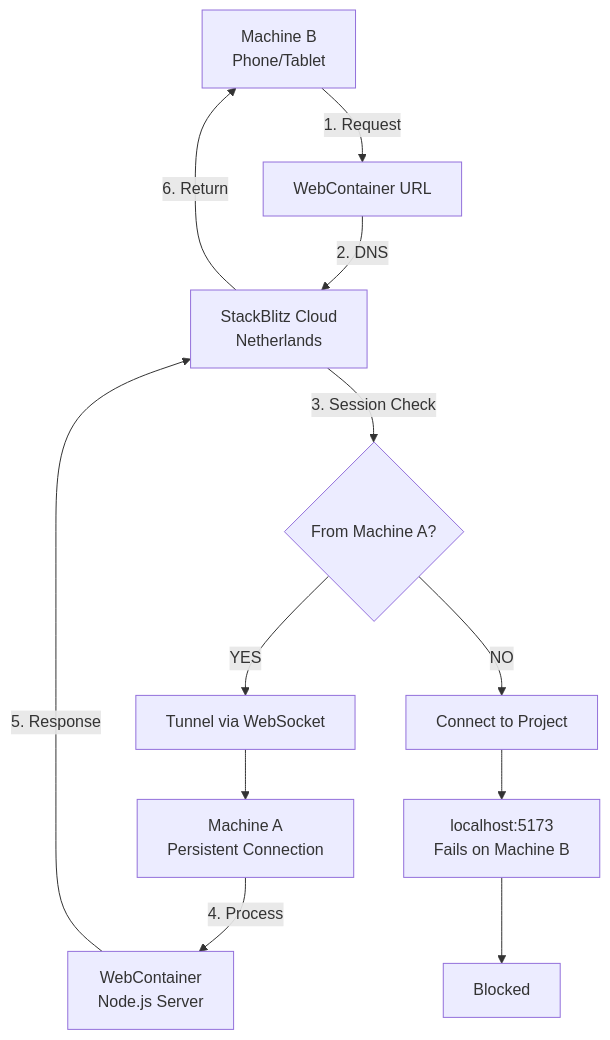
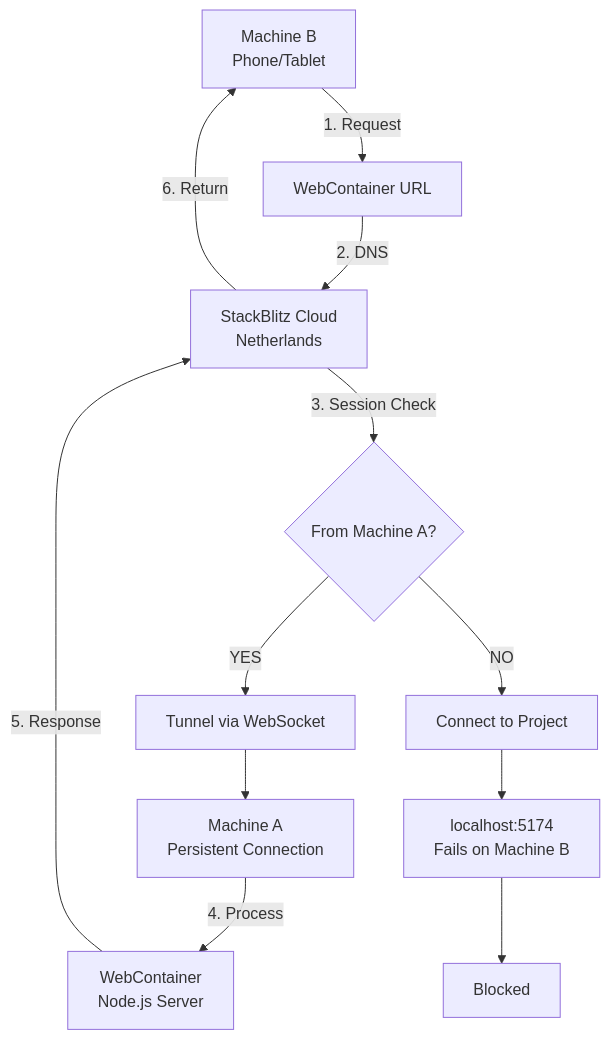
One commit to gigamaster/proxy-web changed the diagram in README.md. Above: the diagram before and after it, drawn with Mermaid.

Commit message:
Fix flowchart formatting in README.md

````diff
--- a/README.md
+++ b/README.md
@@ -43,15 +43,15 @@
 ```mermaid
 flowchart TD
-    A["Machine B\nPhone/Tablet"] -->|1. Request| B["WebContainer URL"]
-    B -->|2. DNS| C["StackBlitz Cloud\nNetherlands"]
+    A["Machine B<br>Phone/Tablet"] -->|1. Request| B["WebContainer URL"]
+    B -->|2. DNS| C["StackBlitz Cloud<br>Netherlands"]
     C -->|3. Session Check| D{"From Machine A?"}
     D -->|YES| E["Tunnel via WebSocket"]
-    E --> F["Machine A\nPersistent Connection"]
+    E --> F["Machine A<br>Persistent Connection"]
     F -->|4. Process| G["WebContainer\nNode.js Server"]
     G -->|5. Response| C
     C -->|6. Return| A
     D -->|NO| H["Connect to Project"]
-    H --> I["localhost:5173\nFails on Machine B"]
+    H --> I["localhost:5174<br>Fails on Machine B"]
     J["Blocked"]
     I --> J
 ```
````
